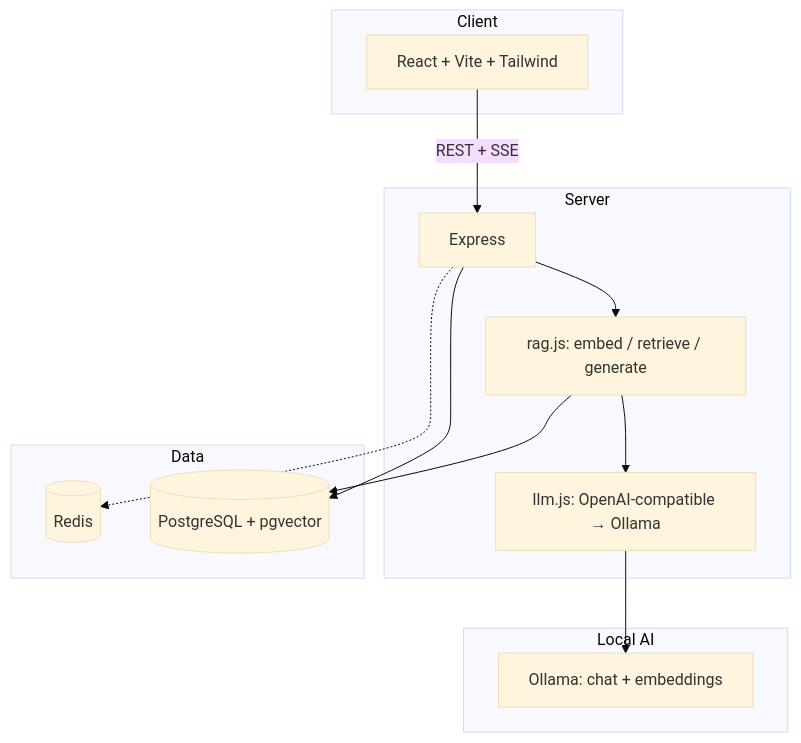
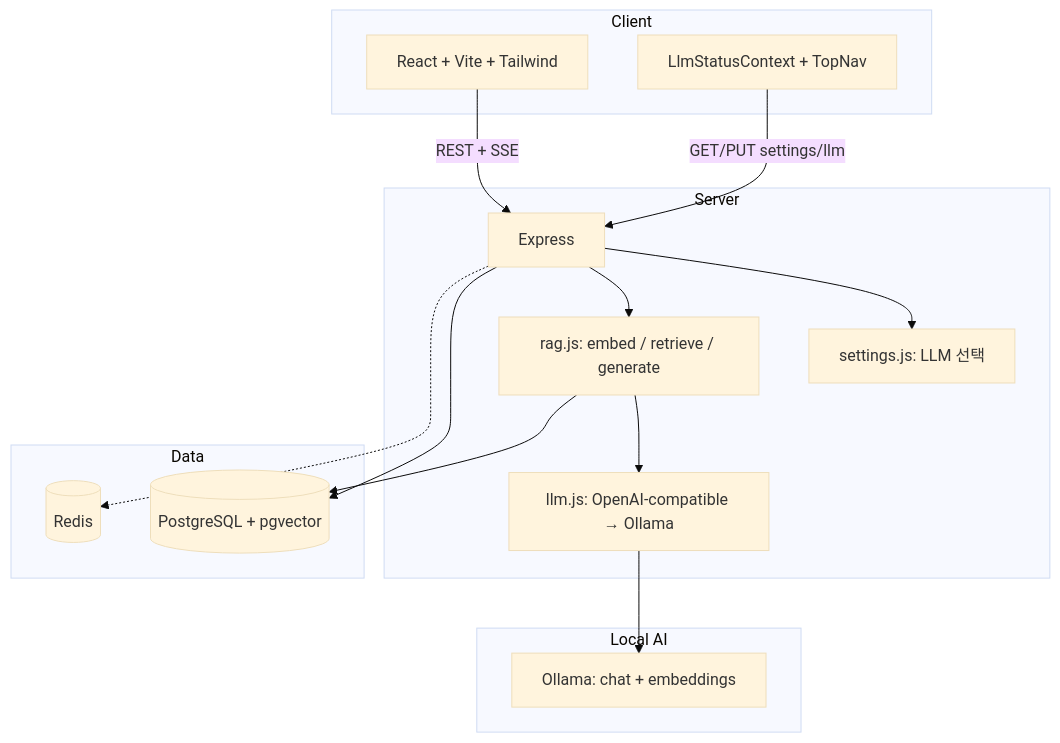
The diagram in README.md (yoonJJ/cert-rag-platform), drawn with Mermaid (base theme) before and after one commit. The commit also changed other lines of this file and 12 other files, not shown here.

````diff
--- a/README.md
+++ b/README.md
@@ -56,25 +67,29 @@
 ```mermaid
 flowchart TB
   subgraph client [Client]
     UI[React + Vite + Tailwind]
+    LLMUI[LlmStatusContext + TopNav]
   end
   subgraph server [Server]
     API[Express]
+    SET[settings.js: LLM 선택]
     RAG[rag.js: embed / retrieve / generate]
     LLM[llm.js: OpenAI-compatible → Ollama]
   end
   subgraph data [Data]
     PG[(PostgreSQL + pgvector)]
     RD[(Redis)]
   end
   subgraph local [Local AI]
     OL[Ollama: chat + embeddings]
   end
   UI -->|REST + SSE| API
+  LLMUI -->|GET/PUT settings/llm| API
+  API --> SET
   API --> RAG
   RAG --> LLM
   LLM --> OL
   API --> PG
   API -.-> RD
   RAG --> PG
 ```
````
